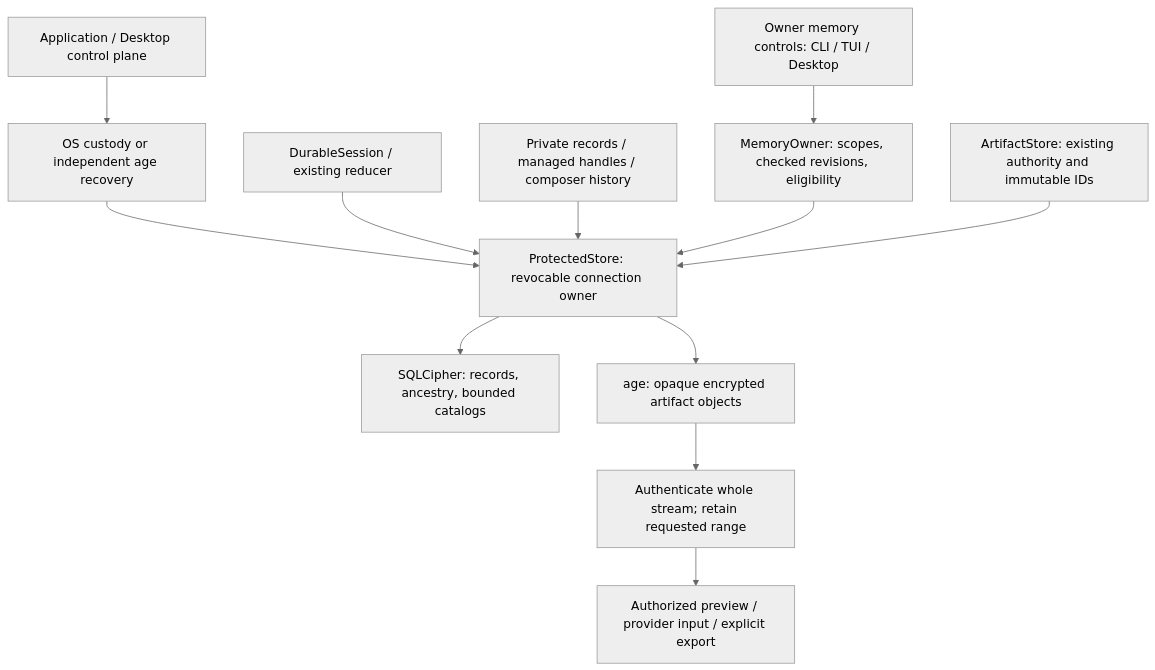
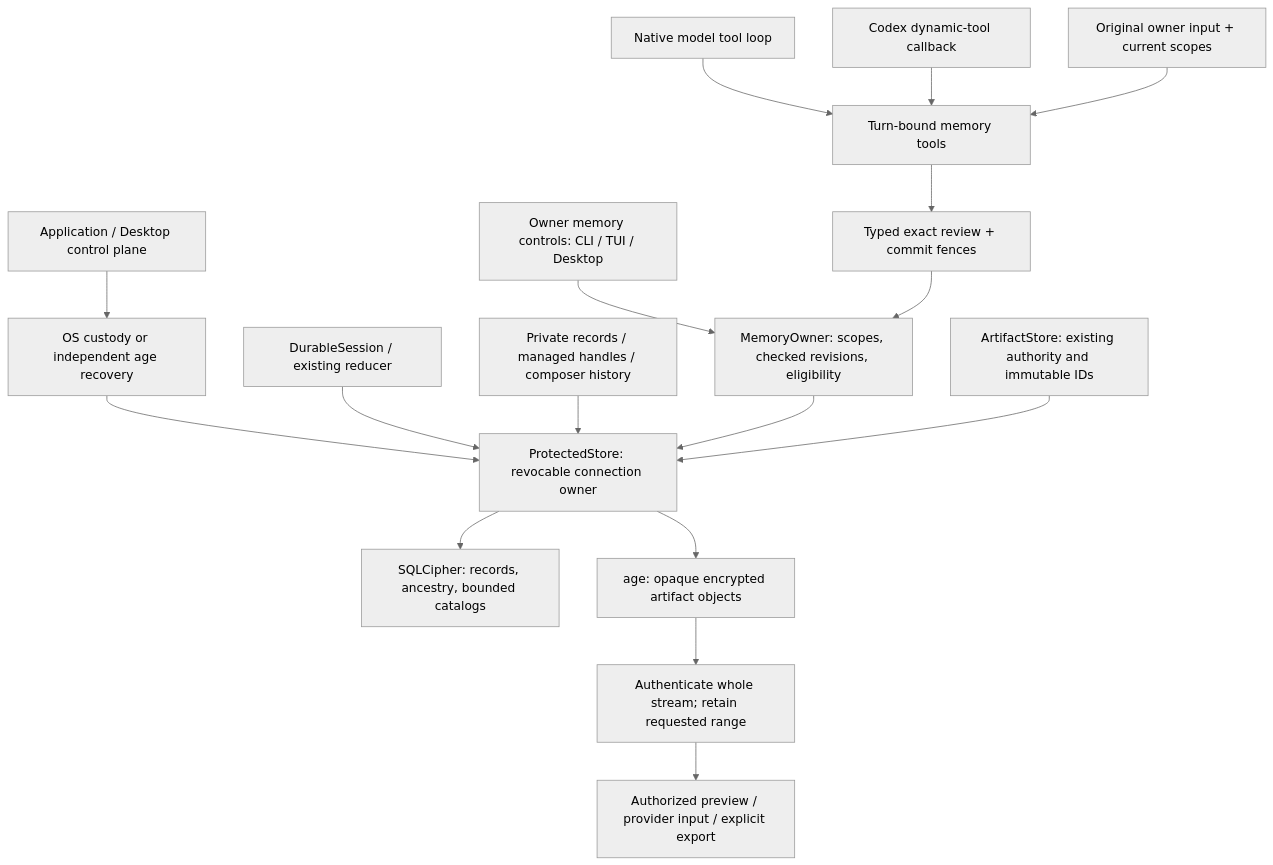
Before and after one commit to labcoder/xana: the diagram in docs/architecture/protected-storage.md, drawn with Mermaid (neutral theme). The commit also changed other lines of this file and 59 other files, not shown here.

Commit message:
feat(memory): route semantic memory tools through governed native and Codex turns

````diff
--- a/docs/architecture/protected-storage.md
+++ b/docs/architecture/protected-storage.md
@@ -52,14 +82,19 @@
 ```mermaid
 flowchart TD
     APP[Application / Desktop control plane] --> CUSTODY[OS custody or independent age recovery]
     CUSTODY --> STORE[ProtectedStore: revocable connection owner]
     SESSION[DurableSession / existing reducer] --> STORE
     RECORDS[Private records / managed handles / composer history] --> STORE
     OWNER[Owner memory controls: CLI / TUI / Desktop] --> MEMORY[MemoryOwner: scopes, checked revisions, eligibility]
+    NATIVE[Native model tool loop] --> TOOLS[Turn-bound memory tools]
+    CODEX[Codex dynamic-tool callback] --> TOOLS
+    INPUT[Original owner input + current scopes] --> TOOLS
+    TOOLS --> POLICY[Typed exact review + commit fences]
+    POLICY --> MEMORY
     MEMORY --> STORE
     STORE --> DB[SQLCipher: records, ancestry, bounded catalogs]
     ART[ArtifactStore: existing authority and immutable IDs] --> STORE
     STORE --> AGE[age: opaque encrypted artifact objects]
     AGE --> RANGE[Authenticate whole stream; retain requested range]
     RANGE --> VIEW[Authorized preview / provider input / explicit export]
 ```
````
